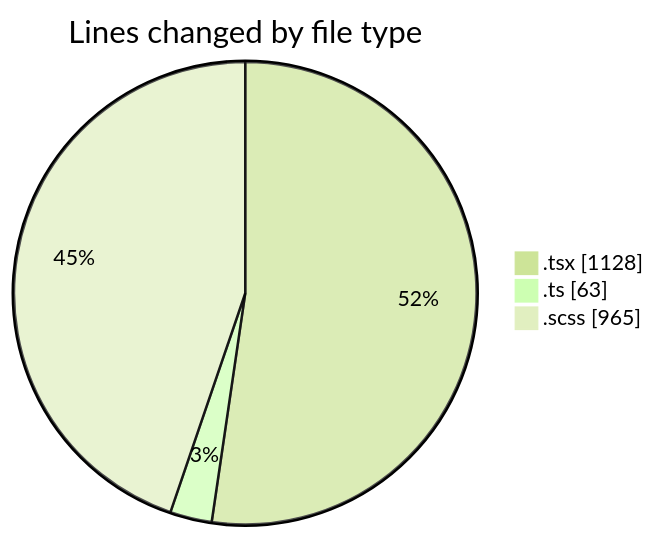
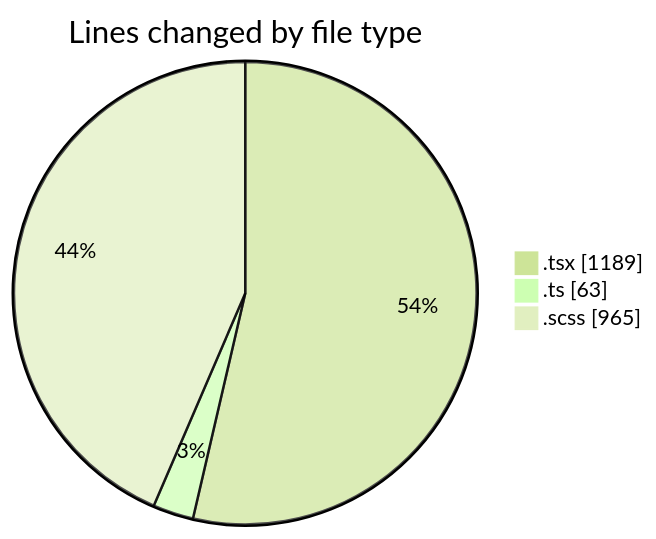
Before and after one commit to momahboobian/code-tracking: the first of 2 diagrams in 2025-04-02/cda/README.md, drawn with Mermaid (forest theme). The commit also changed other lines of this file and 1 other file, not shown here.

````diff
--- a/2025-04-02/cda/README.md
+++ b/2025-04-02/cda/README.md
@@ -27,7 +27,7 @@
 ```mermaid
 pie showData
 title Lines changed by file type
-".tsx" : 1128
+".tsx" : 1189
 ".ts" : 63
 ".scss" : 965
 ```
````
